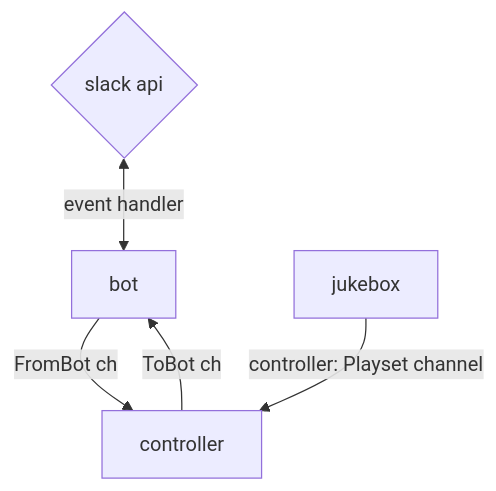
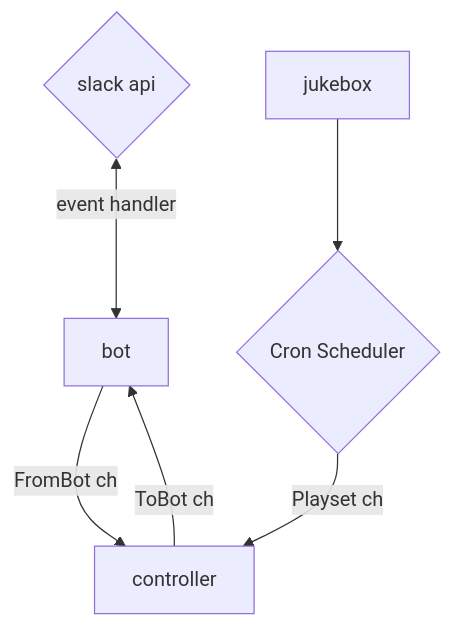
One commit to jdblack/sotd changed the diagram in README.md. Above: the diagram before and after it, drawn with Mermaid.

Commit message:
add more docs

````diff
--- a/README.md
+++ b/README.md
@@ -130,7 +130,8 @@
 ```mermaid
 graph TD;
    slack{slack api}<-- event handler -->bot
    bot-- FromBot ch --> controller
    controller-- ToBot ch -->bot
-   jukebox-- controller: Playset channel -->controller
+   jukebox --> cron{Cron Scheduler}
+   cron{Cron Scheduler}-- Playset ch -->controller
 ```
````
